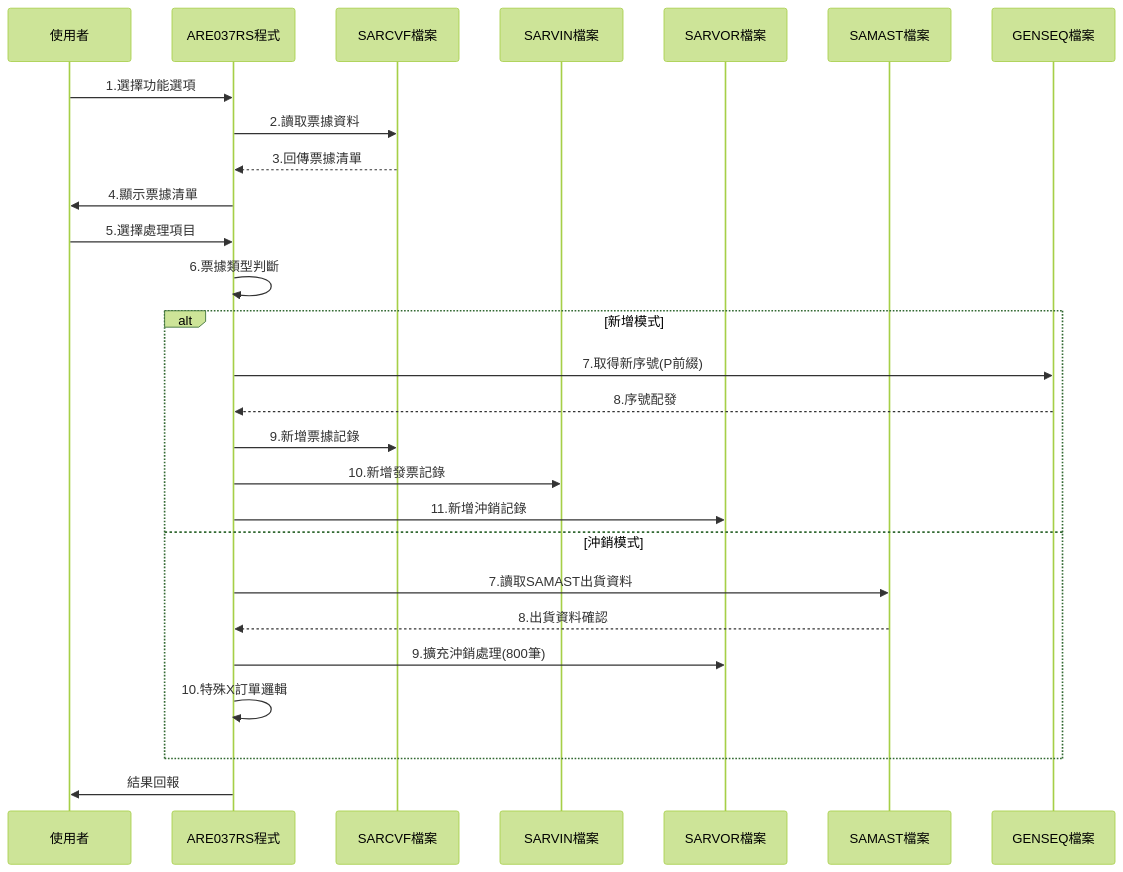
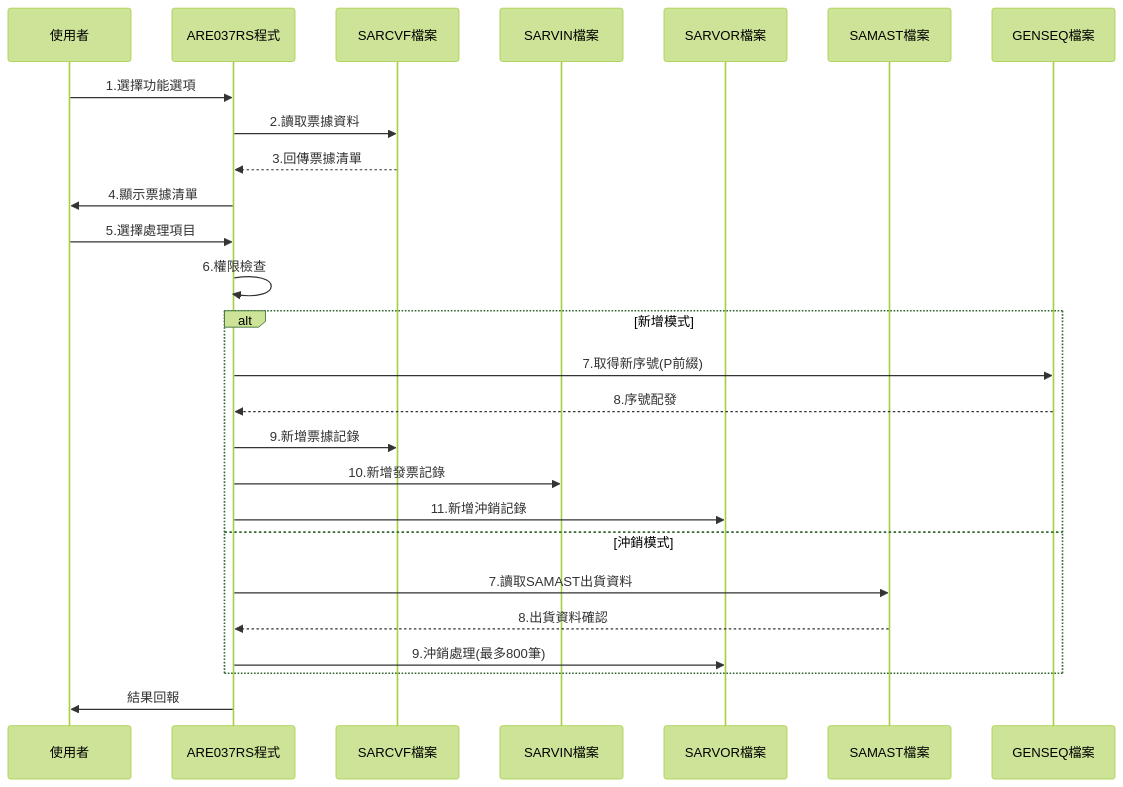
Before and after one commit to WK195838/tongkang: the third of 4 diagrams in 東鋼/規格書/ARE037RS_P02.md, drawn with Mermaid (forest theme). The commit also changed other lines of this file, not shown here.

````diff
--- a/東鋼/規格書/ARE037RS_P02.md
+++ b/東鋼/規格書/ARE037RS_P02.md
@@ -99,33 +86,32 @@
 ```mermaid
 sequenceDiagram
     participant U as 使用者
     participant P as ARE037RS程式
     participant S as SARCVF檔案
     participant V as SARVIN檔案
     participant O as SARVOR檔案
     participant M as SAMAST檔案
     participant G as GENSEQ檔案
     
     U->>P: 1.選擇功能選項
     P->>S: 2.讀取票據資料
     S-->>P: 3.回傳票據清單
     P->>U: 4.顯示票據清單
     
     U->>P: 5.選擇處理項目
-    P->>P: 6.票據類型判斷
+    P->>P: 6.權限檢查
     
     alt 新增模式
         P->>G: 7.取得新序號(P前綴)
         G-->>P: 8.序號配發
         P->>S: 9.新增票據記錄
         P->>V: 10.新增發票記錄
         P->>O: 11.新增沖銷記錄
     else 沖銷模式
         P->>M: 7.讀取SAMAST出貨資料
         M-->>P: 8.出貨資料確認
-        P->>O: 9.擴充沖銷處理(800筆)
-        P->>P: 10.特殊X訂單邏輯
+        P->>O: 9.沖銷處理(最多800筆)
     end
     
     P->>U: 結果回報
 ```
````
